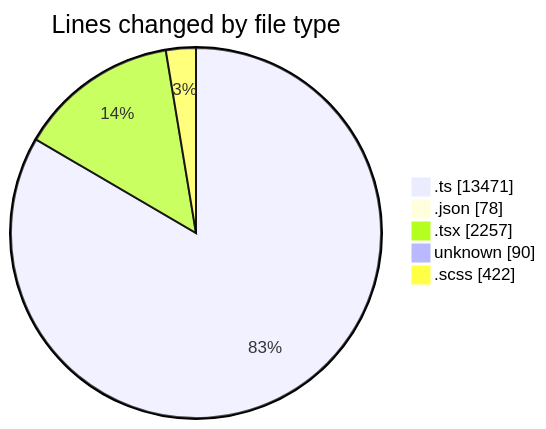
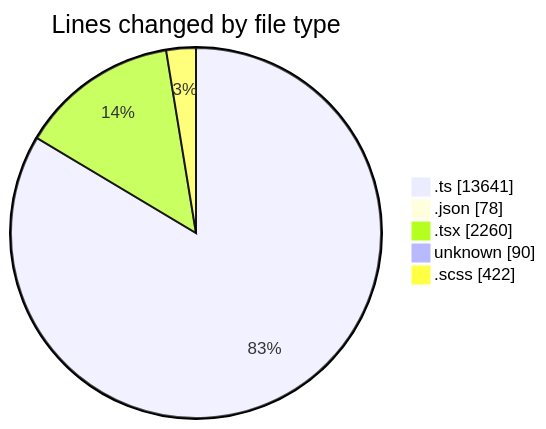
The first of 2 diagrams in 2025-08-29/cda/README.md (momahboobian/code-tracking), drawn with Mermaid before and after one commit. The commit also changed other lines of this file and 1 other file, not shown here.

````diff
--- a/2025-08-29/cda/README.md
+++ b/2025-08-29/cda/README.md
@@ -33,9 +34,9 @@
 ```mermaid
 pie showData
 title Lines changed by file type
-".ts" : 13471
+".ts" : 13641
 ".json" : 78
-".tsx" : 2257
+".tsx" : 2260
 "unknown" : 90
 ".scss" : 422
 ```
````
